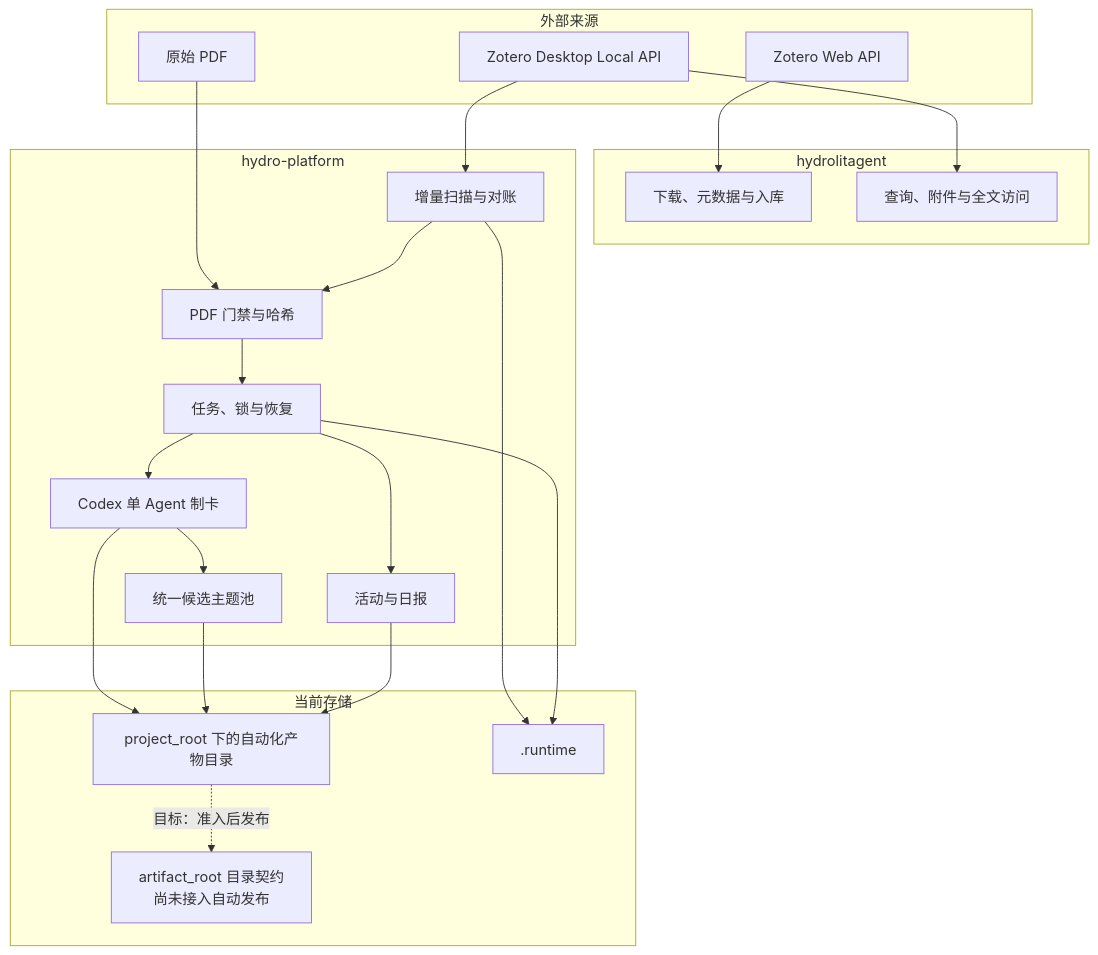
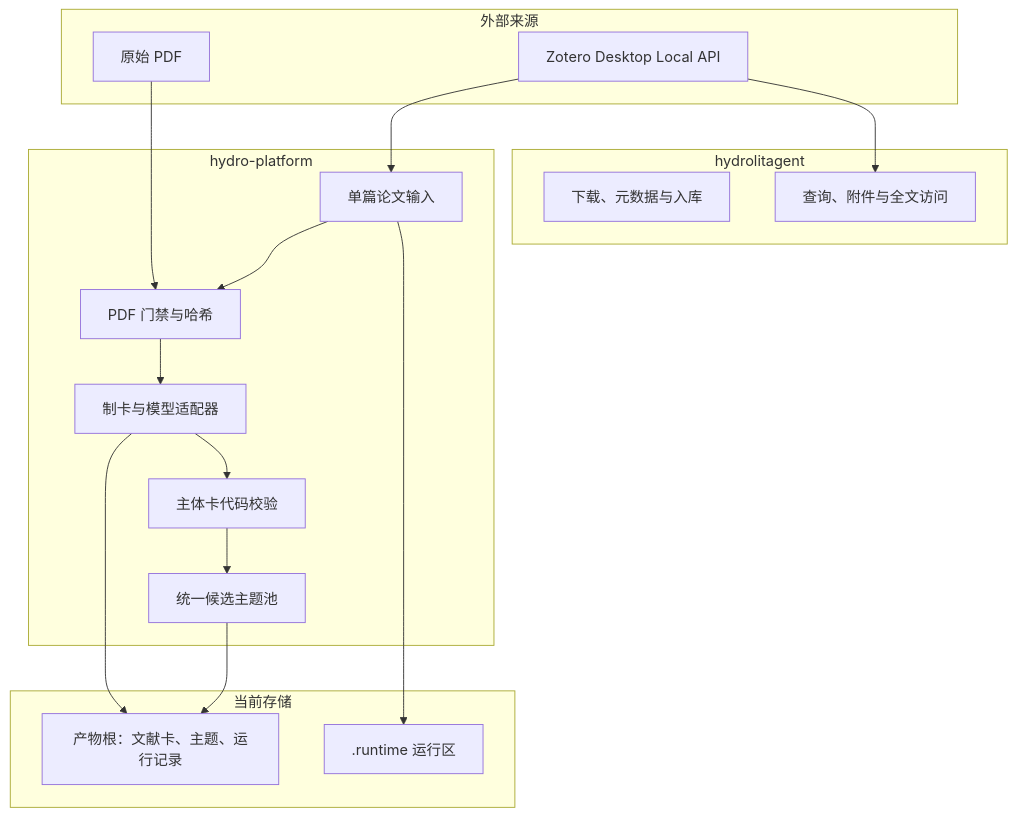
Before and after one commit to iHeadWater/mylibrary: the diagram in docs/hydro-platform/architecture.md, drawn with Mermaid. The commit also changed other lines of this file and 32 other files, not shown here.

````diff
--- a/docs/hydro-platform/architecture.md
+++ b/docs/hydro-platform/architecture.md
@@ -7,41 +7,33 @@
 ```mermaid
 flowchart TB
     subgraph Sources[外部来源]
         ZD[Zotero Desktop Local API]
-        ZW[Zotero Web API]
         PDF[原始 PDF]
     end
 
     subgraph Toolkit[hydrolitagent]
         INGEST[下载、元数据与入库]
         QUERY[查询、附件与全文访问]
     end
 
     subgraph Platform[hydro-platform]
-        SCAN[增量扫描与对账]
+        INPUT[单篇论文输入]
         GATE[PDF 门禁与哈希]
-        TASKS[任务、锁与恢复]
-        CARD[Codex 单 Agent 制卡]
+        CARD[制卡与模型适配器]
+        VALID[主体卡代码校验]
         THEME[统一候选主题池]
-        REPORT[活动与日报]
     end
 
     subgraph Storage[当前存储]
-        OUTPUTS[project_root 下的自动化产物目录]
-        ARTIFACTS[artifact_root 目录契约<br/>尚未接入自动发布]
-        RUNTIME[.runtime]
+        OUTPUTS[产物根：文献卡、主题、运行记录]
+        RUNTIME[.runtime 运行区]
     end
 
-    ZW --> INGEST
     ZD --> QUERY
-    ZD --> SCAN
+    ZD --> INPUT
     PDF --> GATE
-    SCAN --> GATE --> TASKS --> CARD --> THEME
-    TASKS --> REPORT
+    INPUT --> GATE --> CARD --> VALID --> THEME
     CARD --> OUTPUTS
     THEME --> OUTPUTS
-    REPORT --> OUTPUTS
-    OUTPUTS -. 目标：准入后发布 .-> ARTIFACTS
-    SCAN --> RUNTIME
-    TASKS --> RUNTIME
+    INPUT --> RUNTIME
 ```
````
